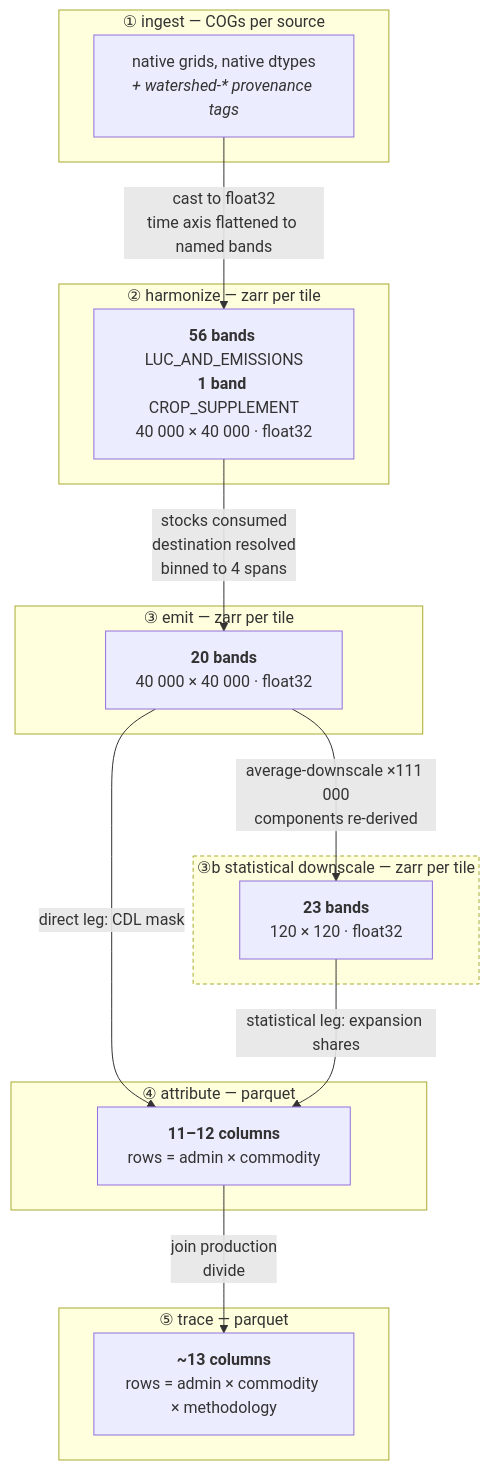
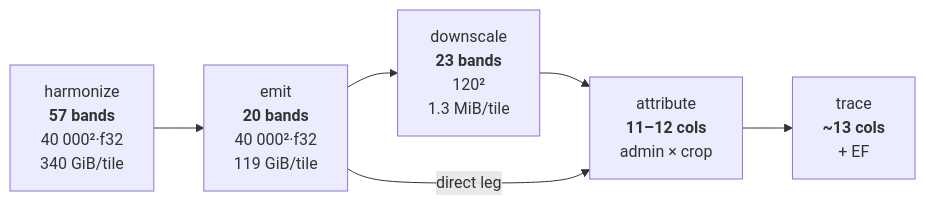
The diagram in docs/orbae/data_flow.md (AdAstraEco/cornerstone_luc), drawn with Mermaid before and after one commit. The commit also changed other lines of this file, not shown here.

First line of the commit message:
docs(orbae): restructure data_flow around two band tables

````diff
--- a/docs/orbae/data_flow.md
+++ b/docs/orbae/data_flow.md
@@ -9,36 +7,10 @@
 ```mermaid
-flowchart TD
-  subgraph ING["① ingest — COGs per source"]
-    I["native grids, native dtypes<br/><i>+ watershed-* provenance tags</i>"]
-  end
-
-  subgraph HAR["② harmonize — zarr per tile"]
-    H["<b>56 bands</b> LUC_AND_EMISSIONS<br/><b>1 band</b> CROP_SUPPLEMENT<br/>40 000 × 40 000 · float32"]
-  end
-
-  subgraph EMI["③ emit — zarr per tile"]
-    E["<b>20 bands</b><br/>40 000 × 40 000 · float32"]
-  end
-
-  subgraph DSC["③b statistical downscale — zarr per tile"]
-    D["<b>23 bands</b><br/>120 × 120 · float32"]
-  end
-
-  subgraph ATT["④ attribute — parquet"]
-    A["<b>11–12 columns</b><br/>rows = admin × commodity"]
-  end
-
-  subgraph TRA["⑤ trace — parquet"]
-    T["<b>~13 columns</b><br/>rows = admin × commodity × methodology"]
-  end
-
-  I -->|"cast to float32<br/>time axis flattened to named bands"| H
-  H -->|"stocks consumed<br/>destination resolved<br/>binned to 4 spans"| E
-  E -->|"average-downscale ×111 000<br/>components re-derived"| D
-  E -->|"direct leg: CDL mask"| A
-  D -->|"statistical leg: expansion shares"| A
-  A -->|"join production<br/>divide"| T
-
-  classDef lossy stroke-dasharray:4 3;
-  class DSC lossy;
+flowchart LR
+  H["harmonize<br/><b>57 bands</b><br/>40 000²·f32<br/>340 GiB/tile"]
+  E["emit<br/><b>20 bands</b><br/>40 000²·f32<br/>119 GiB/tile"]
+  D["downscale<br/><b>23 bands</b><br/>120²<br/>1.3 MiB/tile"]
+  A["attribute<br/><b>11–12 cols</b><br/>admin × crop"]
+  T["trace<br/><b>~13 cols</b><br/>+ EF"]
+  H --> E --> D --> A --> T
+  E -->|direct leg| A
 ```
````
